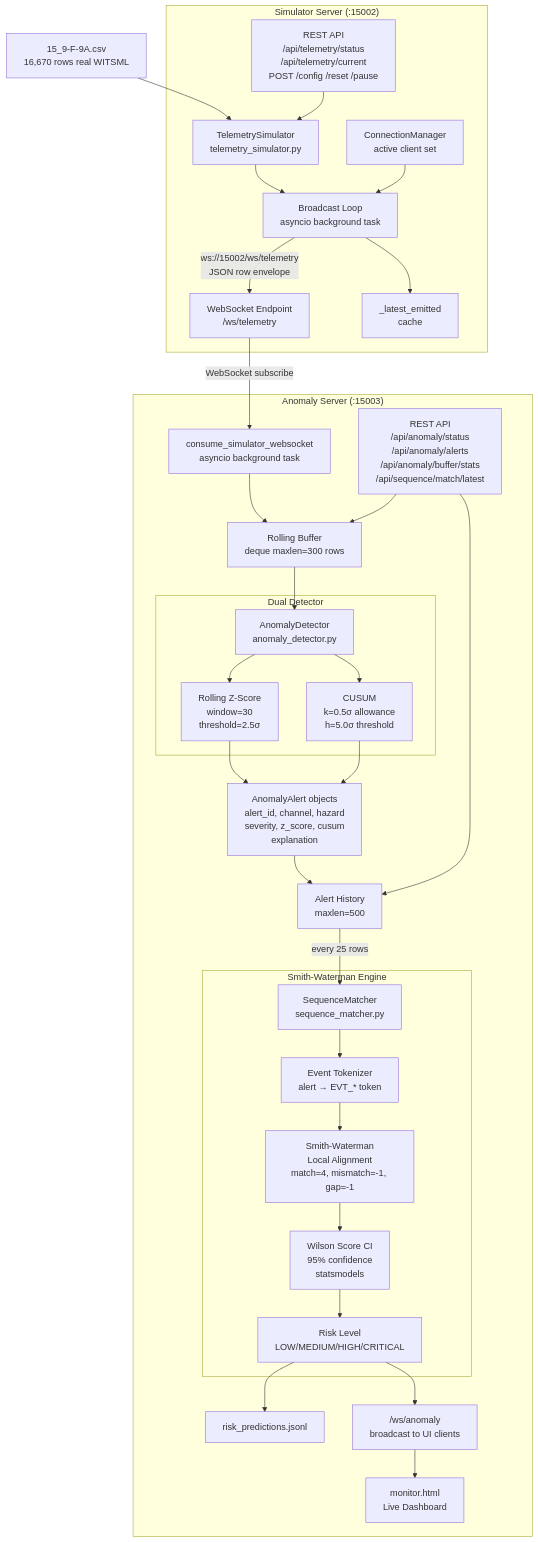
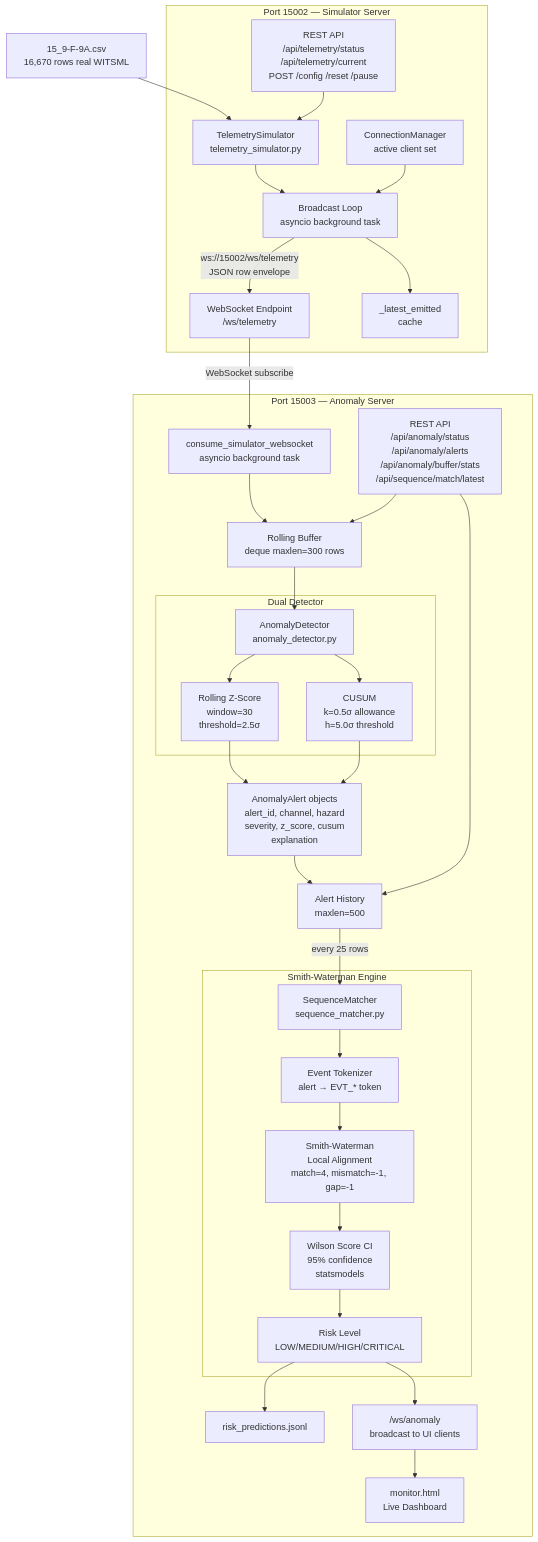
One commit to n3ssdub3y/SIH_2026_PLANNS changed the eighth of 16 diagrams in ARCHITECTURE.md. Above: the diagram before and after it, drawn with Mermaid. The commit also changed other lines of this file and 3 other files, not shown here.

Commit message:
update architecture, a unified project research doc and an antigravity arch update rule

````diff
--- a/ARCHITECTURE.md
+++ b/ARCHITECTURE.md
@@ -358,40 +444,40 @@
 ```mermaid
 graph TD
     CSV["15_9-F-9A.csv\n16,670 rows real WITSML"] --> TS["TelemetrySimulator\ntelemetry_simulator.py"]
 
-    subgraph "Simulator Server (:15002)"
+    subgraph "Port 15002 — Simulator Server"
         TS --> BL["Broadcast Loop\nasyncio background task"]
         BL -->|"ws://15002/ws/telemetry\nJSON row envelope"| WS_SIM["WebSocket Endpoint\n/ws/telemetry"]
         BL --> LATEST["_latest_emitted\ncache"]
         CM["ConnectionManager\nactive client set"] --> BL
         REST_SIM["REST API\n/api/telemetry/status\n/api/telemetry/current\nPOST /config /reset /pause"] --> TS
     end
 
     WS_SIM -->|"WebSocket subscribe"| CONSUMER["consume_simulator_websocket\nasyncio background task"]
 
-    subgraph "Anomaly Server (:15003)"
+    subgraph "Port 15003 — Anomaly Server"
         CONSUMER --> BUFF["Rolling Buffer\ndeque maxlen=300 rows"]
         BUFF --> AD["AnomalyDetector\nanomaly_detector.py"]
 
         subgraph "Dual Detector"
             AD --> ZS["Rolling Z-Score\nwindow=30\nthreshold=2.5σ"]
             AD --> CU["CUSUM\nk=0.5σ allowance\nh=5.0σ threshold"]
         end
 
         ZS & CU --> ALERTS["AnomalyAlert objects\nalert_id, channel, hazard\nseverity, z_score, cusum\nexplanation"]
         ALERTS --> AH["Alert History\nmaxlen=500"]
         AH -->|"every 25 rows"| SM["SequenceMatcher\nsequence_matcher.py"]
 
         subgraph "Smith-Waterman Engine"
             SM --> TOK["Event Tokenizer\nalert → EVT_* token"]
             TOK --> SW["Smith-Waterman\nLocal Alignment\nmatch=4, mismatch=-1, gap=-1"]
             SW --> WCI["Wilson Score CI\n95% confidence\nstatsmodels"]
             WCI --> RISK["Risk Level\nLOW/MEDIUM/HIGH/CRITICAL"]
         end
 
         RISK --> OUT["risk_predictions.jsonl"]
         RISK --> WS_ANO["/ws/anomaly\nbroadcast to UI clients"]
         WS_ANO --> UI["monitor.html\nLive Dashboard"]
         REST_ANO["REST API\n/api/anomaly/status\n/api/anomaly/alerts\n/api/anomaly/buffer/stats\n/api/sequence/match/latest"] --> AH & BUFF
     end
 ```
````
